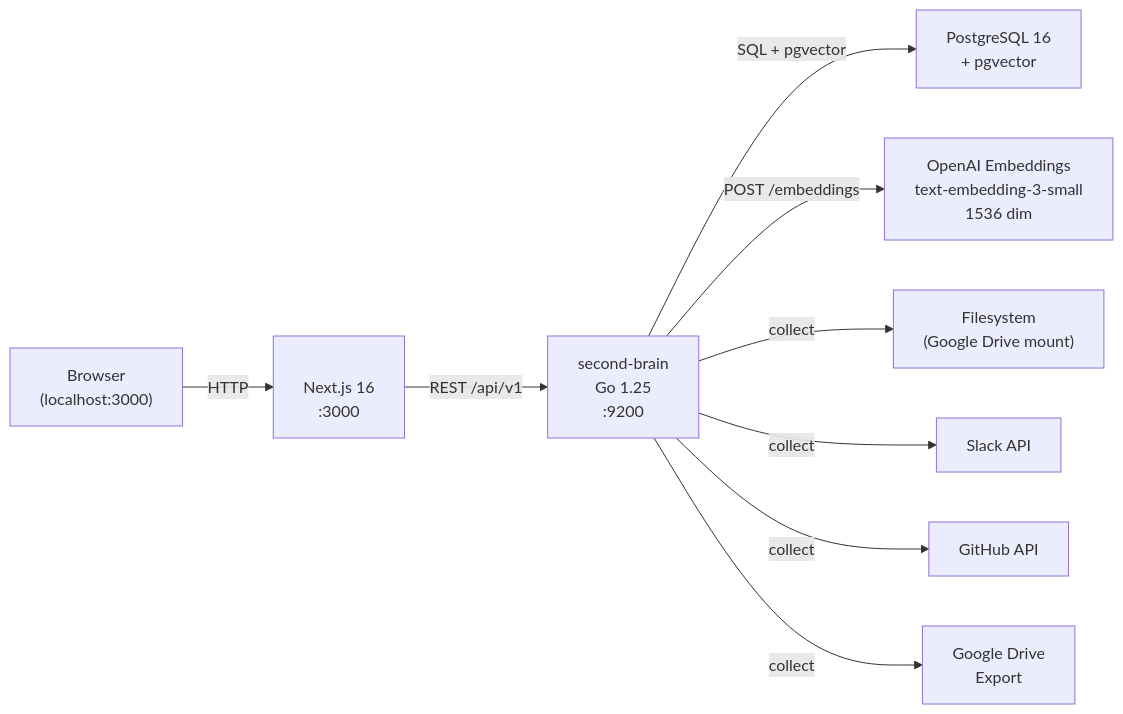
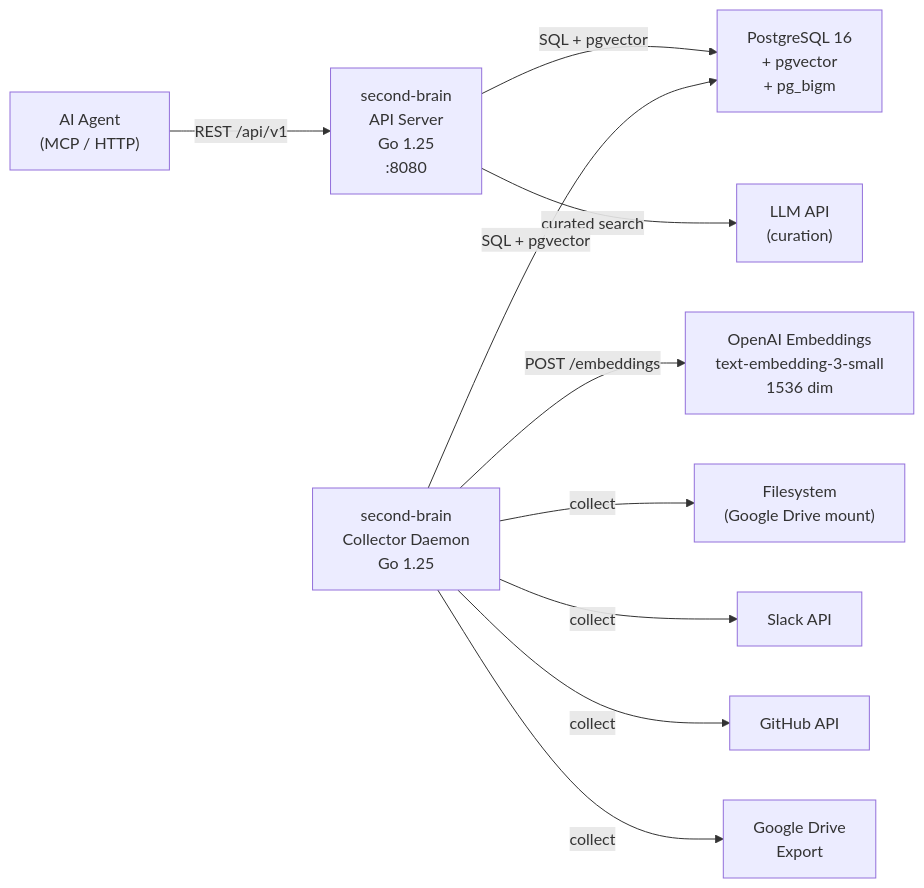
Before and after one commit to baekenough/second-brain: the diagram in README.en.md, drawn with Mermaid. The commit also changed other lines of this file and 5 other files, not shown here.

Commit message:
docs: update documentation for curation API architecture

````diff
--- a/README.en.md
+++ b/README.en.md
@@ -42,21 +42,23 @@
 ```mermaid
 flowchart LR
-    Browser["Browser\n(localhost:3000)"]
-    Web["<web-app>\nNext.js 16\n:3000"]
-    Backend["second-brain\nGo 1.25\n:9200"]
-    PG["PostgreSQL 16\n+ pgvector"]
+    Agent["AI Agent\n(MCP / HTTP)"]
+    Server["second-brain\nAPI Server\nGo 1.25\n:8080"]
+    Collector["second-brain\nCollector Daemon\nGo 1.25"]
+    PG["PostgreSQL 16\n+ pgvector\n+ pg_bigm"]
+    LLM["LLM API\n(curation)"]
     OpenAI["OpenAI Embeddings\ntext-embedding-3-small\n1536 dim"]
     FS["Filesystem\n(Google Drive mount)"]
     Slack["Slack API"]
     GH["GitHub API"]
     GD["Google Drive\nExport"]
 
-    Browser -->|HTTP| Web
-    Web -->|REST /api/v1| Backend
-    Backend -->|SQL + pgvector| PG
-    Backend -->|POST /embeddings| OpenAI
-    Backend -->|collect| FS
-    Backend -->|collect| Slack
-    Backend -->|collect| GH
-    Backend -->|collect| GD
+    Agent -->|REST /api/v1| Server
+    Server -->|SQL + pgvector| PG
+    Server -->|curated search| LLM
+    Collector -->|SQL + pgvector| PG
+    Collector -->|POST /embeddings| OpenAI
+    Collector -->|collect| FS
+    Collector -->|collect| Slack
+    Collector -->|collect| GH
+    Collector -->|collect| GD
 ```
````
